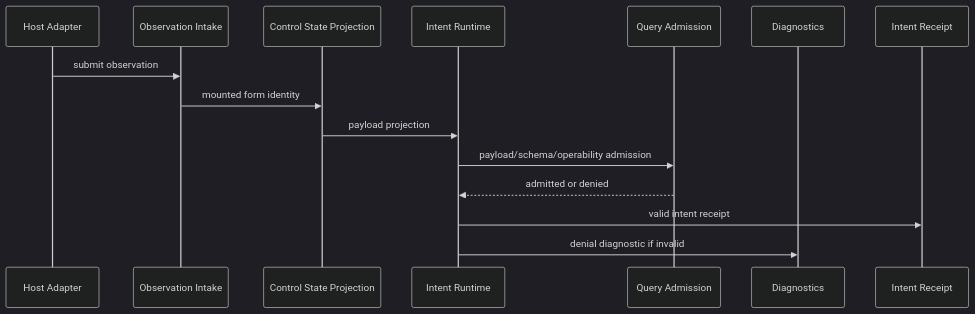
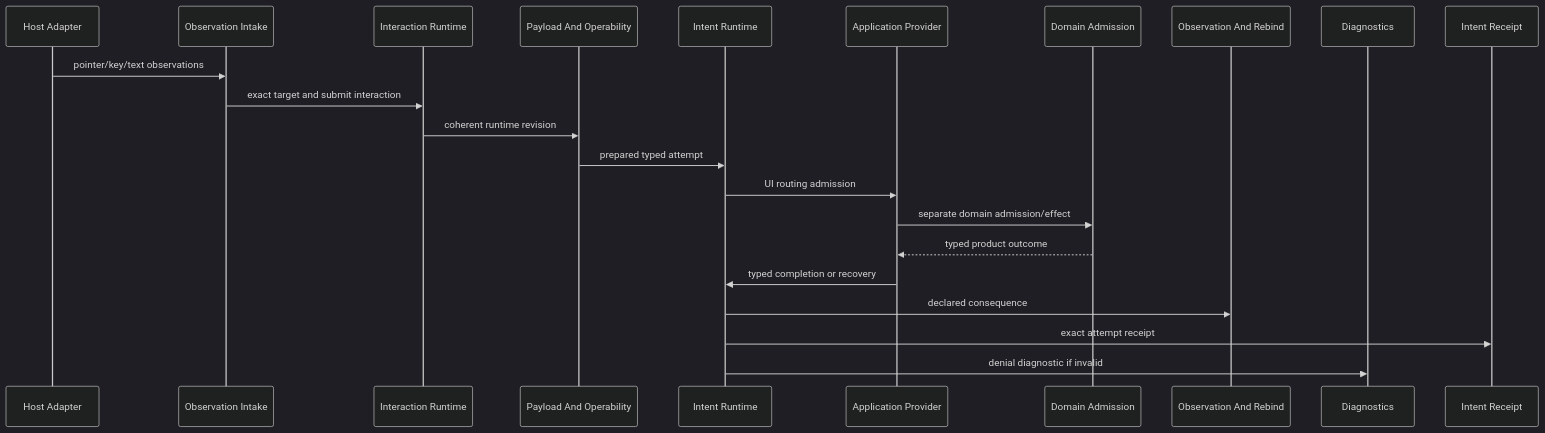
One commit to recnepspencer/forge changed the sixth of 6 diagrams in workspaces/worth-ui/docs/worth-ui-readme.md. Above: the diagram before and after it, drawn with Mermaid (dark theme). The commit also changed other lines of this file and 4 other files, not shown here.

````diff
--- a/workspaces/worth-ui/docs/worth-ui-readme.md
+++ b/workspaces/worth-ui/docs/worth-ui-readme.md
@@ -1802,18 +1807,25 @@
 ```mermaid
 sequenceDiagram
     participant Host as Host Adapter
     participant Obs as Observation Intake
-    participant Control as Control State Projection
+    participant Interaction as Interaction Runtime
+    participant Payload as Payload And Operability
     participant Intent as Intent Runtime
-    participant Query as Query Admission
+    participant Provider as Application Provider
+    participant Query as Domain Admission
+    participant Rebind as Observation And Rebind
     participant Diag as Diagnostics
     participant Receipt as Intent Receipt
 
-    Host->>Obs: submit observation
-    Obs->>Control: mounted form identity
-    Control->>Intent: payload projection
-    Intent->>Query: payload/schema/operability admission
-    Query-->>Intent: admitted or denied
-    Intent->>Receipt: valid intent receipt
+    Host->>Obs: pointer/key/text observations
+    Obs->>Interaction: exact target and submit interaction
+    Interaction->>Payload: coherent runtime revision
+    Payload->>Intent: prepared typed attempt
+    Intent->>Provider: UI routing admission
+    Provider->>Query: separate domain admission/effect
+    Query-->>Provider: typed product outcome
+    Provider->>Intent: typed completion or recovery
+    Intent->>Rebind: declared consequence
+    Intent->>Receipt: exact attempt receipt
     Intent->>Diag: denial diagnostic if invalid
 ```
````
